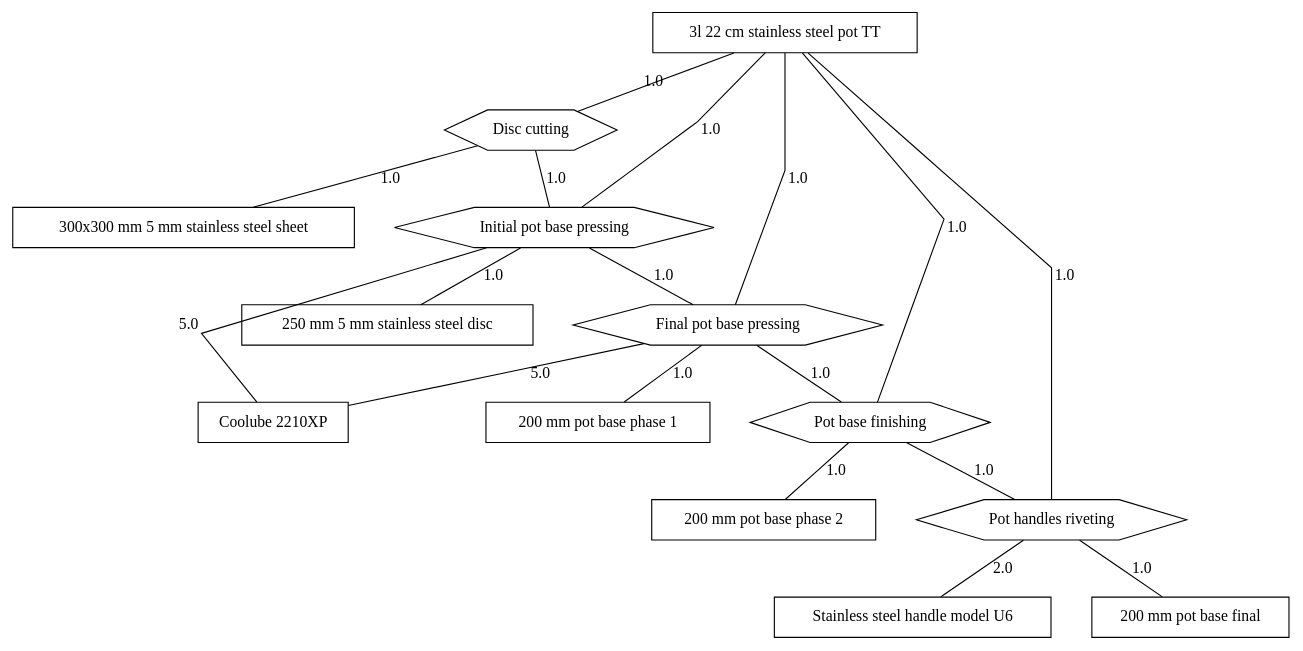
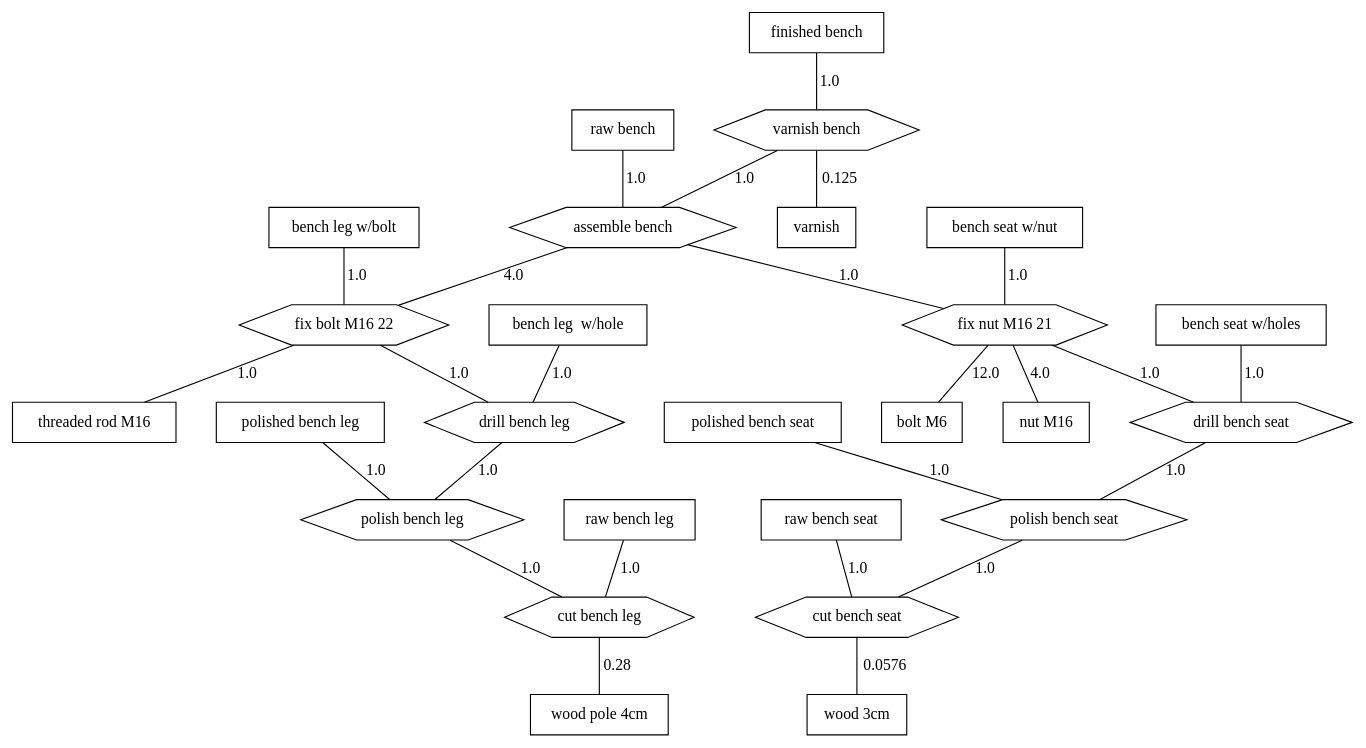
One commit to ricardomm7/buildflow changed the diagram in outFiles/production_tree.dot. Above: the diagram before and after it, drawn with Graphviz. The commit also changed 8 other files, not shown here.

```diff
--- a/outFiles/production_tree.dot
+++ b/outFiles/production_tree.dot
@@ -1,70 +1,107 @@
 graph G {
   splines=false;
   nodesep=0.5;
   ranksep=0.5;
-  "PN52384R50" [shape=box label="300x300 mm 5 mm stainless steel sheet"];
-  "PN18544C21" [shape=box label="Stainless steel handle model U6"];
-  "IP12945A01" [shape=box label="250 mm 5 mm stainless steel disc"];
-  "IP12945A32" [shape=box label="200 mm pot base phase 1"];
-  "IP12945A33" [shape=box label="200 mm pot base phase 2"];
-  "IP12945A34" [shape=box label="200 mm pot base final"];
-  "PN94561L67" [shape=box label="Coolube 2210XP"];
-  "AS12946S20" [shape=box label="3l 22 cm stainless steel pot TT"];
-  "AS12946S20" -- "152" [label="1.0"];
-  "152" [shape=hexagon label="Final pot base pressing"];
-  "152" -- "153" [label="1.0"];
-  "153" [shape=hexagon label="Pot base finishing"];
-  "153" -- "154" [label="1.0"];
-  "154" [shape=hexagon label="Pot handles riveting"];
-  "154" -- "PN18544C21" [label="2.0"];
-  "PN18544C21" [shape=box label="Stainless steel handle model U6"];
-  "154" -- "IP12945A34" [label="1.0"];
-  "IP12945A34" [shape=box label="200 mm pot base final"];
-  "153" -- "IP12945A33" [label="1.0"];
-  "IP12945A33" [shape=box label="200 mm pot base phase 2"];
-  "152" -- "IP12945A32" [label="1.0"];
-  "IP12945A32" [shape=box label="200 mm pot base phase 1"];
-  "152" -- "PN94561L67" [label="5.0"];
-  "PN94561L67" [shape=box label="Coolube 2210XP"];
-  "AS12946S20" -- "153" [label="1.0"];
-  "153" [shape=hexagon label="Pot base finishing"];
-  "154" [shape=hexagon label="Pot handles riveting"];
-  "PN18544C21" [shape=box label="Stainless steel handle model U6"];
-  "IP12945A34" [shape=box label="200 mm pot base final"];
-  "IP12945A33" [shape=box label="200 mm pot base phase 2"];
-  "AS12946S20" -- "154" [label="1.0"];
-  "154" [shape=hexagon label="Pot handles riveting"];
-  "PN18544C21" [shape=box label="Stainless steel handle model U6"];
-  "IP12945A34" [shape=box label="200 mm pot base final"];
-  "AS12946S20" -- "151" [label="1.0"];
-  "151" [shape=hexagon label="Initial pot base pressing"];
-  "151" -- "152" [label="1.0"];
-  "152" [shape=hexagon label="Final pot base pressing"];
-  "153" [shape=hexagon label="Pot base finishing"];
-  "154" [shape=hexagon label="Pot handles riveting"];
-  "PN18544C21" [shape=box label="Stainless steel handle model U6"];
-  "IP12945A34" [shape=box label="200 mm pot base final"];
-  "IP12945A33" [shape=box label="200 mm pot base phase 2"];
-  "IP12945A32" [shape=box label="200 mm pot base phase 1"];
-  "PN94561L67" [shape=box label="Coolube 2210XP"];
-  "151" -- "IP12945A01" [label="1.0"];
-  "IP12945A01" [shape=box label="250 mm 5 mm stainless steel disc"];
-  "151" -- "PN94561L67" [label="5.0"];
-  "PN94561L67" [shape=box label="Coolube 2210XP"];
-  "AS12946S20" -- "150" [label="1.0"];
-  "150" [shape=hexagon label="Disc cutting"];
-  "150" -- "151" [label="1.0"];
-  "151" [shape=hexagon label="Initial pot base pressing"];
-  "152" [shape=hexagon label="Final pot base pressing"];
-  "153" [shape=hexagon label="Pot base finishing"];
-  "154" [shape=hexagon label="Pot handles riveting"];
-  "PN18544C21" [shape=box label="Stainless steel handle model U6"];
-  "IP12945A34" [shape=box label="200 mm pot base final"];
-  "IP12945A33" [shape=box label="200 mm pot base phase 2"];
-  "IP12945A32" [shape=box label="200 mm pot base phase 1"];
-  "PN94561L67" [shape=box label="Coolube 2210XP"];
-  "IP12945A01" [shape=box label="250 mm 5 mm stainless steel disc"];
-  "PN94561L67" [shape=box label="Coolube 2210XP"];
-  "150" -- "PN52384R50" [label="1.0"];
-  "PN52384R50" [shape=box label="300x300 mm 5 mm stainless steel sheet"];
+  "1001" [shape=box label="bench leg  w/hole"];
+  "1001" -- "14" [label="1.0"];
+  "14" [shape=hexagon label="drill bench leg"];
+  "14" -- "18" [label="1.0"];
+  "18" [shape=hexagon label="polish bench leg"];
+  "18" -- "12" [label="1.0"];
+  "12" [shape=hexagon label="cut bench leg"];
+  "12" -- "1016" [label="0.28"];
+  "1016" [shape=box label="wood pole 4cm"];
+  "1002" [shape=box label="bench leg w/bolt"];
+  "1002" -- "16" [label="1.0"];
+  "16" [shape=hexagon label="fix bolt M16 22"];
+  "16" -- "14" [label="1.0"];
+  "14" [shape=hexagon label="drill bench leg"];
+  "18" [shape=hexagon label="polish bench leg"];
+  "12" [shape=hexagon label="cut bench leg"];
+  "1016" [shape=box label="wood pole 4cm"];
+  "16" -- "1013" [label="1.0"];
+  "1013" [shape=box label="threaded rod M16"];
+  "1003" [shape=box label="bench seat w/holes"];
+  "1003" -- "15" [label="1.0"];
+  "15" [shape=hexagon label="drill bench seat "];
+  "15" -- "19" [label="1.0"];
+  "19" [shape=hexagon label="polish bench seat "];
+  "19" -- "13" [label="1.0"];
+  "13" [shape=hexagon label="cut bench seat"];
+  "13" -- "1015" [label="0.0576"];
+  "1015" [shape=box label="wood 3cm"];
+  "1004" [shape=box label="bench seat w/nut"];
+  "1004" -- "17" [label="1.0"];
+  "17" [shape=hexagon label="fix nut M16 21"];
+  "17" -- "1005" [label="12.0"];
+  "1005" [shape=box label="bolt M6"];
+  "17" -- "1007" [label="4.0"];
+  "1007" [shape=box label="nut M16"];
+  "17" -- "15" [label="1.0"];
+  "15" [shape=hexagon label="drill bench seat "];
+  "19" [shape=hexagon label="polish bench seat "];
+  "13" [shape=hexagon label="cut bench seat"];
+  "1015" [shape=box label="wood 3cm"];
+  "1005" [shape=box label="bolt M6"];
+  "1006" [shape=box label="finished bench"];
+  "1006" -- "20" [label="1.0"];
+  "20" [shape=hexagon label="varnish bench "];
+  "20" -- "1014" [label="0.125"];
+  "1014" [shape=box label="varnish"];
+  "20" -- "11" [label="1.0"];
+  "11" [shape=hexagon label="assemble bench "];
+  "11" -- "17" [label="1.0"];
+  "17" [shape=hexagon label="fix nut M16 21"];
+  "1005" [shape=box label="bolt M6"];
+  "1007" [shape=box label="nut M16"];
+  "15" [shape=hexagon label="drill bench seat "];
+  "19" [shape=hexagon label="polish bench seat "];
+  "13" [shape=hexagon label="cut bench seat"];
+  "1015" [shape=box label="wood 3cm"];
+  "11" -- "16" [label="4.0"];
+  "16" [shape=hexagon label="fix bolt M16 22"];
+  "14" [shape=hexagon label="drill bench leg"];
+  "18" [shape=hexagon label="polish bench leg"];
+  "12" [shape=hexagon label="cut bench leg"];
+  "1016" [shape=box label="wood pole 4cm"];
+  "1013" [shape=box label="threaded rod M16"];
+  "1007" [shape=box label="nut M16"];
+  "1008" [shape=box label="polished bench leg"];
+  "1008" -- "18" [label="1.0"];
+  "18" [shape=hexagon label="polish bench leg"];
+  "12" [shape=hexagon label="cut bench leg"];
+  "1016" [shape=box label="wood pole 4cm"];
+  "1009" [shape=box label="polished bench seat"];
+  "1009" -- "19" [label="1.0"];
+  "19" [shape=hexagon label="polish bench seat "];
+  "13" [shape=hexagon label="cut bench seat"];
+  "1015" [shape=box label="wood 3cm"];
+  "1010" [shape=box label="raw bench"];
+  "1010" -- "11" [label="1.0"];
+  "11" [shape=hexagon label="assemble bench "];
+  "17" [shape=hexagon label="fix nut M16 21"];
+  "1005" [shape=box label="bolt M6"];
+  "1007" [shape=box label="nut M16"];
+  "15" [shape=hexagon label="drill bench seat "];
+  "19" [shape=hexagon label="polish bench seat "];
+  "13" [shape=hexagon label="cut bench seat"];
+  "1015" [shape=box label="wood 3cm"];
+  "16" [shape=hexagon label="fix bolt M16 22"];
+  "14" [shape=hexagon label="drill bench leg"];
+  "18" [shape=hexagon label="polish bench leg"];
+  "12" [shape=hexagon label="cut bench leg"];
+  "1016" [shape=box label="wood pole 4cm"];
+  "1013" [shape=box label="threaded rod M16"];
+  "1011" [shape=box label="raw bench leg"];
+  "1011" -- "12" [label="1.0"];
+  "12" [shape=hexagon label="cut bench leg"];
+  "1016" [shape=box label="wood pole 4cm"];
+  "1012" [shape=box label="raw bench seat"];
+  "1012" -- "13" [label="1.0"];
+  "13" [shape=hexagon label="cut bench seat"];
+  "1015" [shape=box label="wood 3cm"];
+  "1013" [shape=box label="threaded rod M16"];
+  "1014" [shape=box label="varnish"];
+  "1015" [shape=box label="wood 3cm"];
+  "1016" [shape=box label="wood pole 4cm"];
 }
```
